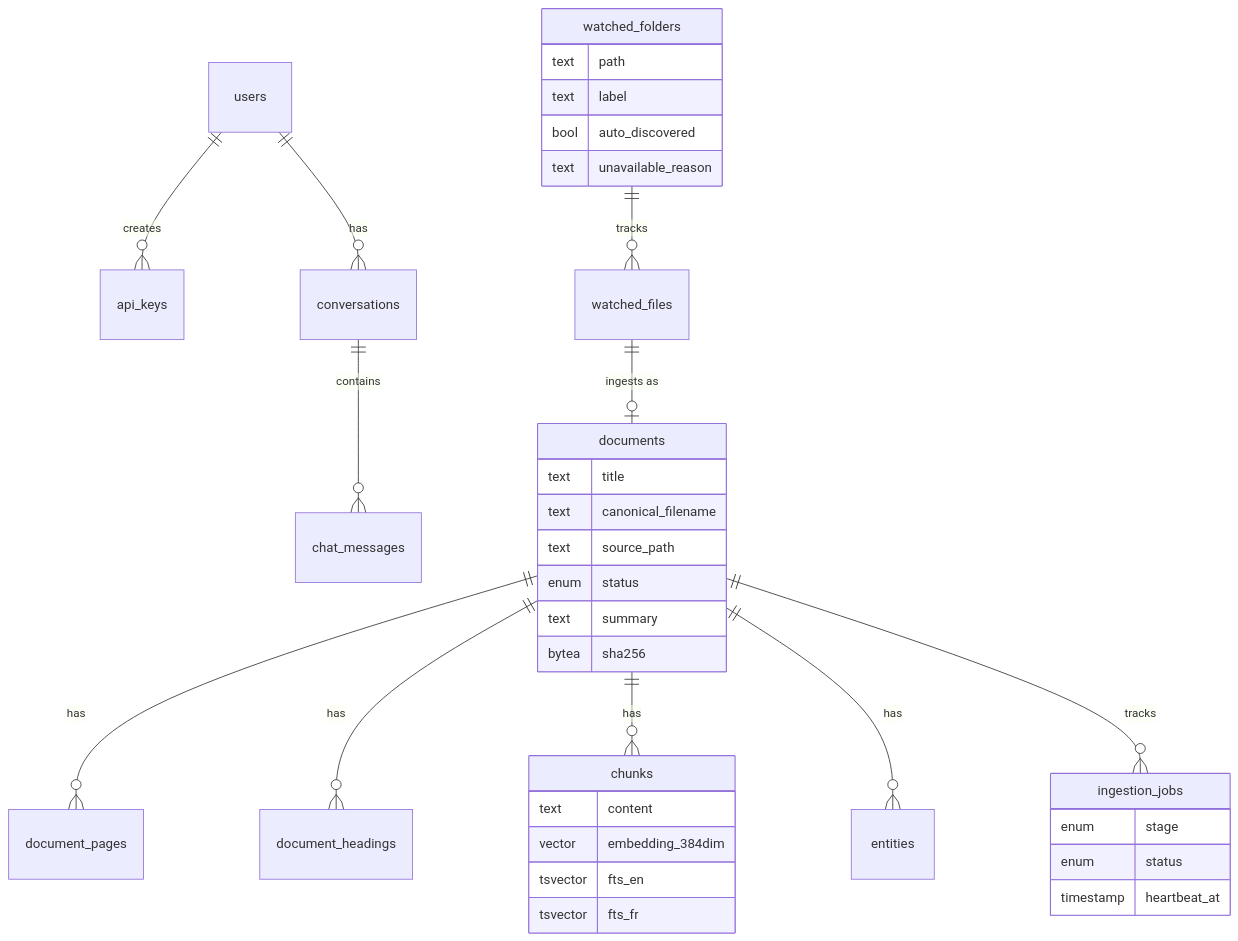
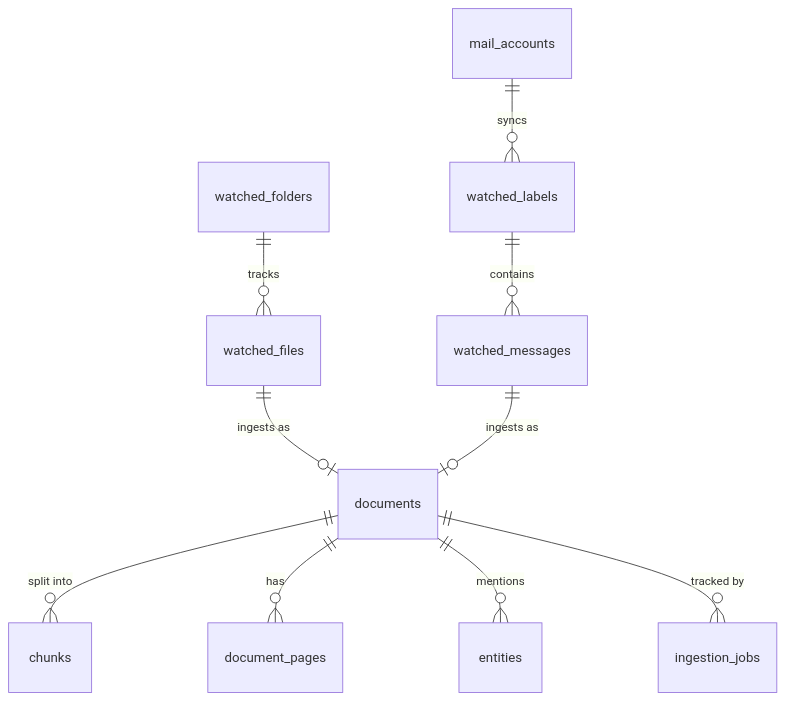
The sixth of 7 diagrams in docs/architecture.md (r0shi/harborclerk), drawn with Mermaid before and after one commit. The commit also changed other lines of this file, not shown here.

First line of the commit message:
docs: rewrite architecture.md, remove staleness banner

````diff
--- a/docs/architecture.md
+++ b/docs/architecture.md
@@ -220,44 +255,12 @@
 ```mermaid
 erDiagram
-    users ||--o{ api_keys : creates
-    users ||--o{ conversations : has
-    conversations ||--o{ chat_messages : contains
-
+    documents ||--o{ chunks : "split into"
+    documents ||--o{ document_pages : has
+    documents ||--o{ entities : mentions
+    documents ||--o{ ingestion_jobs : "tracked by"
     watched_folders ||--o{ watched_files : tracks
     watched_files ||--o| documents : "ingests as"
-
-    documents ||--o{ document_pages : has
-    documents ||--o{ document_headings : has
-    documents ||--o{ chunks : has
-    documents ||--o{ entities : has
-    documents ||--o{ ingestion_jobs : tracks
-
-    chunks {
-        text content
-        vector embedding_384dim
-        tsvector fts_en
-        tsvector fts_fr
-    }
-
-    documents {
-        text title
-        text canonical_filename
-        text source_path
-        enum status
-        text summary
-        bytea sha256
-    }
-
-    ingestion_jobs {
-        enum stage
-        enum status
-        timestamp heartbeat_at
-    }
-
-    watched_folders {
-        text path
-        text label
-        bool auto_discovered
-        text unavailable_reason
-    }
+    mail_accounts ||--o{ watched_labels : syncs
+    watched_labels ||--o{ watched_messages : contains
+    watched_messages ||--o| documents : "ingests as"
 ```
````
